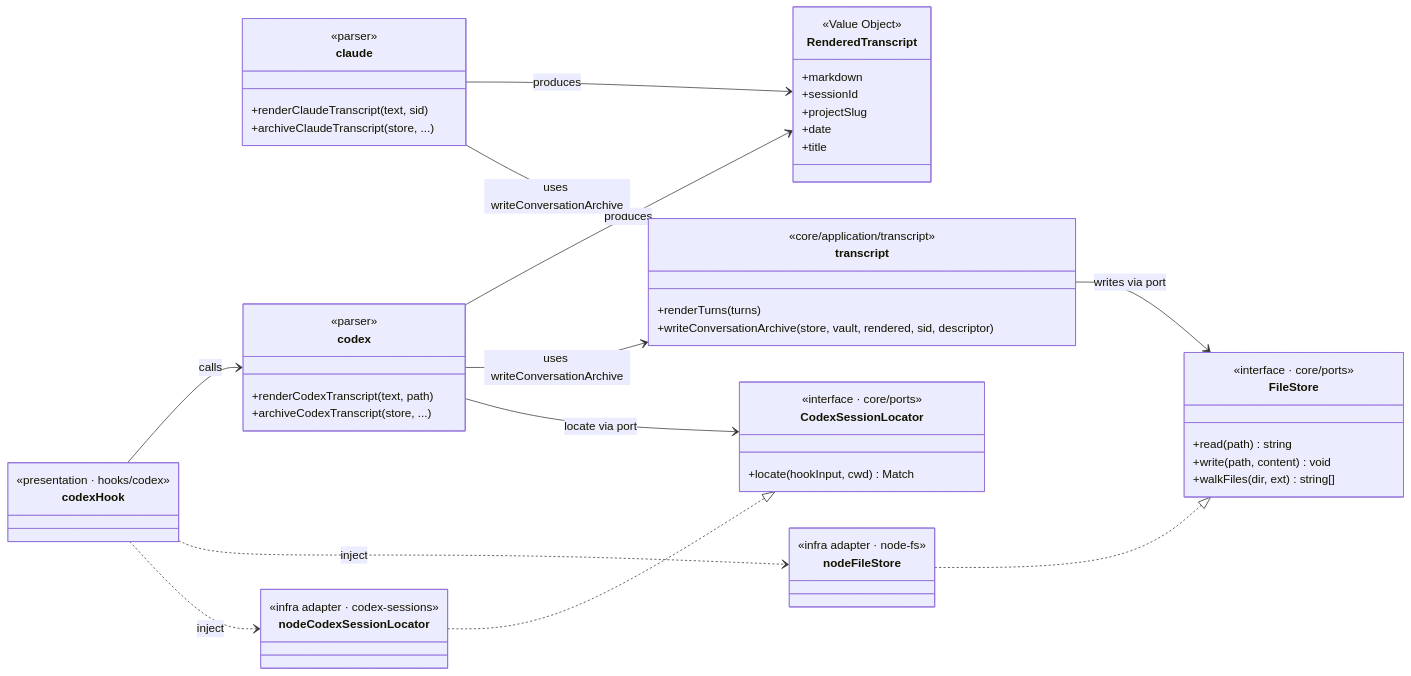
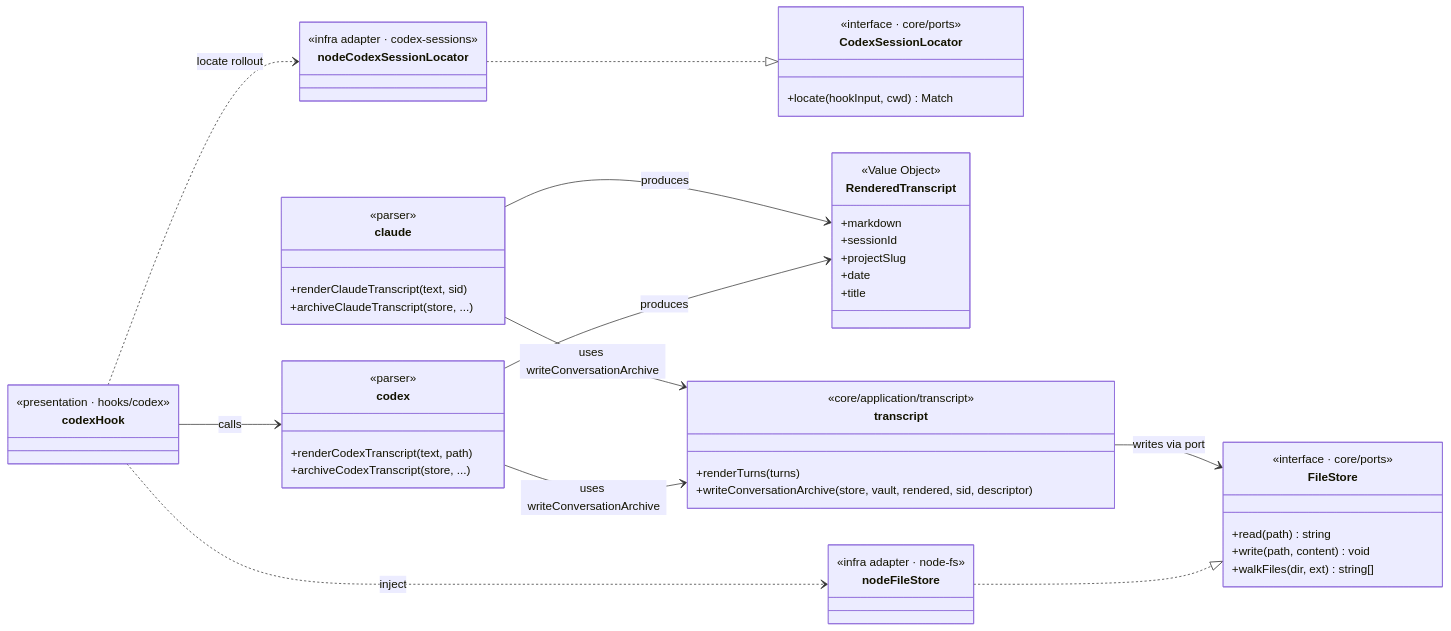
One commit to neokn/elegent changed the fourth of 4 diagrams in docs/architecture/c4.md. Above: the diagram before and after it, drawn with Mermaid. The commit also changed other lines of this file and 4 other files, not shown here.

````diff
--- a/docs/architecture/c4.md
+++ b/docs/architecture/c4.md
@@ -106,52 +108,51 @@
 ```mermaid
 classDiagram
     direction LR
     class FileStore {
         <<interface · core/ports>>
         +read(path) string
         +write(path, content) void
         +walkFiles(dir, ext) string[]
     }
     class CodexSessionLocator {
         <<interface · core/ports>>
         +locate(hookInput, cwd) Match
     }
     class RenderedTranscript {
         <<Value Object>>
         +markdown
         +sessionId
         +projectSlug
         +date
         +title
     }
     class transcript {
         <<core/application/transcript>>
         +renderTurns(turns)
         +writeConversationArchive(store, vault, rendered, sid, descriptor)
     }
     class claude {
         <<parser>>
         +renderClaudeTranscript(text, sid)
         +archiveClaudeTranscript(store, ...)
     }
     class codex {
         <<parser>>
         +renderCodexTranscript(text, path)
         +archiveCodexTranscript(store, ...)
     }
     class nodeFileStore { <<infra adapter · node-fs>> }
     class nodeCodexSessionLocator { <<infra adapter · codex-sessions>> }
     class codexHook { <<presentation · hooks/codex>> }
 
     claude --> RenderedTranscript : produces
     codex --> RenderedTranscript : produces
     claude --> transcript : uses writeConversationArchive
     codex --> transcript : uses writeConversationArchive
     transcript --> FileStore : writes via port
-    codex --> CodexSessionLocator : locate via port
     nodeFileStore ..|> FileStore
     nodeCodexSessionLocator ..|> CodexSessionLocator
     codexHook --> codex : calls
     codexHook ..> nodeFileStore : inject
-    codexHook ..> nodeCodexSessionLocator : inject
+    codexHook ..> nodeCodexSessionLocator : locate rollout
 ```
````
